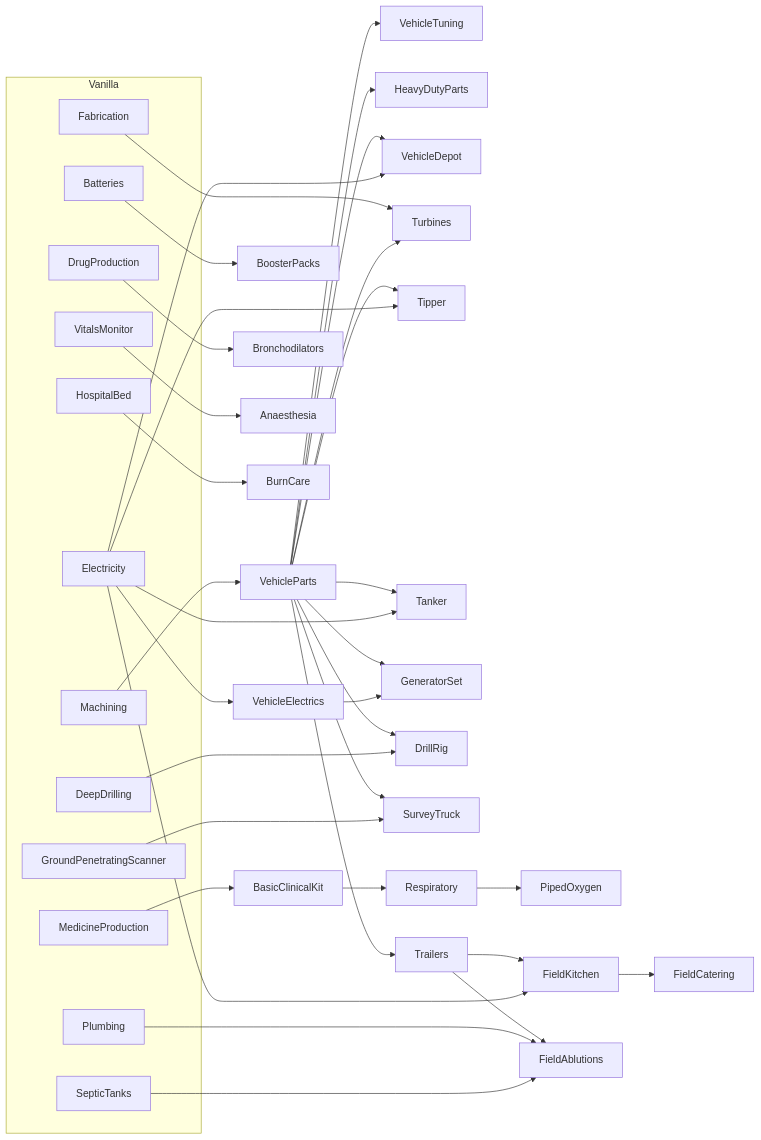
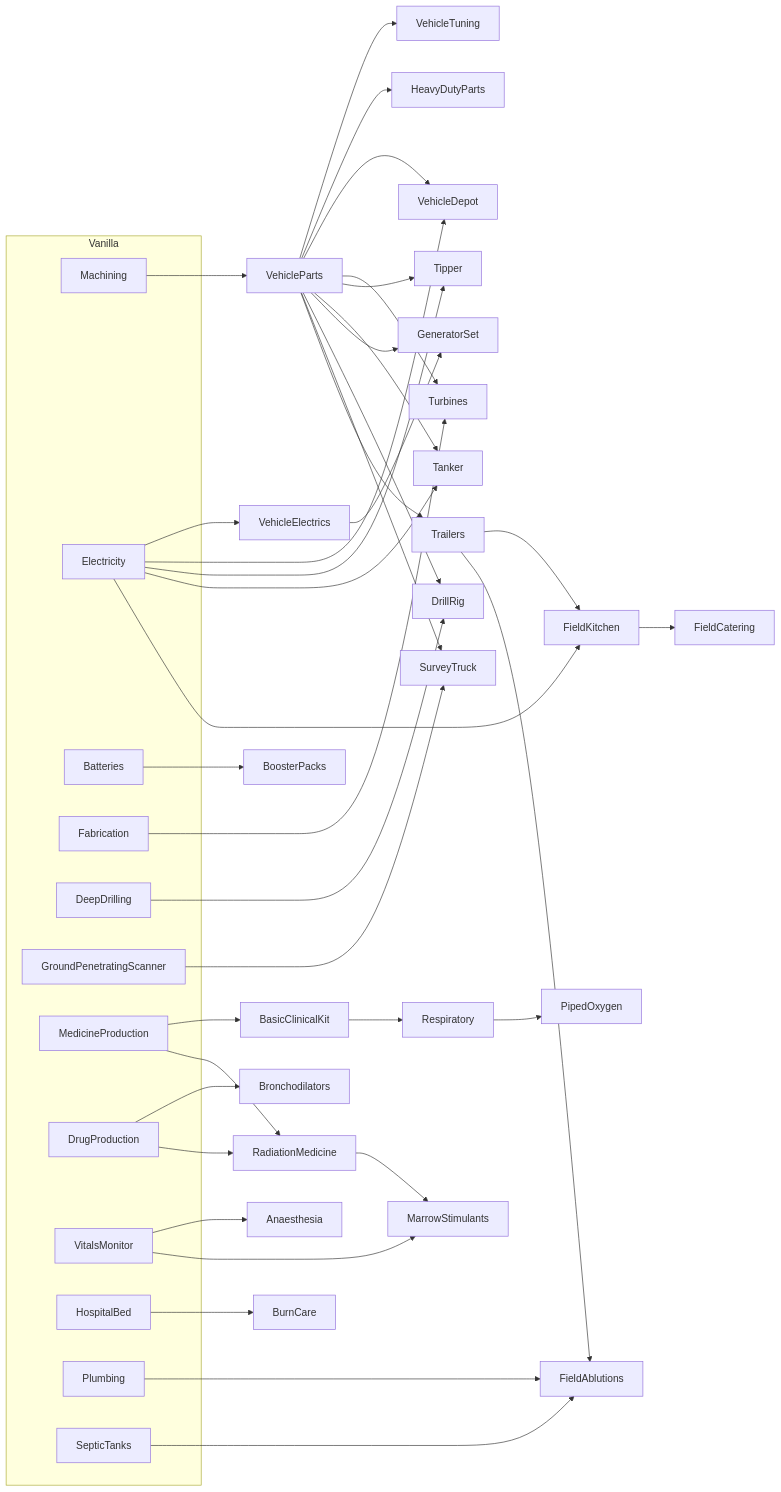
Before and after one commit to phobos-dthorga/phobos-rimworld: the diagram in docs/development/research-tree.md, drawn with Mermaid. The commit also changed other lines of this file and 27 other files, not shown here.

````diff
--- a/docs/development/research-tree.md
+++ b/docs/development/research-tree.md
@@ -23,40 +23,44 @@
 ```mermaid
 graph LR
   subgraph Vanilla
     Machining; Electricity; Batteries; Fabrication; DeepDrilling; GroundPenetratingScanner
     MedicineProduction; DrugProduction; VitalsMonitor; HospitalBed
     Plumbing; SepticTanks
   end
   Machining --> VehicleParts
   Electricity --> VehicleElectrics
   VehicleParts --> VehicleTuning
   VehicleParts --> HeavyDutyParts
   VehicleParts --> VehicleDepot
   Electricity --> VehicleDepot
   Batteries --> BoosterPacks
   Fabrication --> Turbines
   VehicleParts --> Turbines
   VehicleParts --> Tipper
   VehicleParts --> Tanker
   Electricity --> Tipper
   Electricity --> Tanker
   VehicleParts --> GeneratorSet
   VehicleElectrics --> GeneratorSet
   VehicleParts --> DrillRig
   DeepDrilling --> DrillRig
   VehicleParts --> SurveyTruck
   GroundPenetratingScanner --> SurveyTruck
   MedicineProduction --> BasicClinicalKit
   BasicClinicalKit --> Respiratory
   Respiratory --> PipedOxygen
   DrugProduction --> Bronchodilators
   VitalsMonitor --> Anaesthesia
   HospitalBed --> BurnCare
+  MedicineProduction --> RadiationMedicine
+  DrugProduction --> RadiationMedicine
+  RadiationMedicine --> MarrowStimulants
+  VitalsMonitor --> MarrowStimulants
   VehicleParts --> Trailers
   Trailers --> FieldKitchen
   Electricity --> FieldKitchen
   FieldKitchen --> FieldCatering
   Trailers --> FieldAblutions
   Plumbing --> FieldAblutions
   SepticTanks --> FieldAblutions
 ```
````
